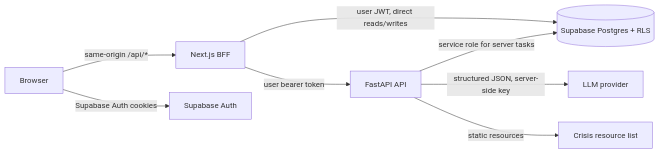
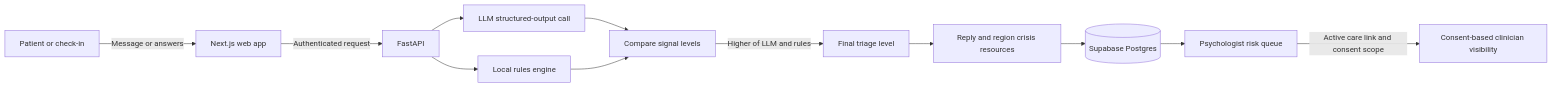
One commit to kxshith21/MindCare-AI-Intelligent-Mental-Health-Monitoring-System changed the diagram in README.md. Above: the diagram before and after it, drawn with Mermaid. The commit also changed other lines of this file, not shown here.

````diff
--- a/README.md
+++ b/README.md
@@ -49,10 +85,14 @@
 ```mermaid
 flowchart LR
-  Browser[Browser] -->|same-origin /api/*| Web[Next.js BFF]
-  Browser -->|Supabase Auth cookies| SupabaseAuth[Supabase Auth]
-  Web -->|user bearer token| API[FastAPI API]
-  Web -->|user JWT, direct reads/writes| Supabase[(Supabase Postgres + RLS)]
-  API -->|service role for server tasks| Supabase
-  API -->|structured JSON, server-side key| LLM[LLM provider]
-  API -->|static resources| Crisis[Crisis resource list]
+  U[Patient or check-in] -->|Message or answers| A[Next.js web app]
+  A -->|Authenticated request| F[FastAPI]
+  F --> L[LLM structured-output call]
+  F --> R[Local rules engine]
+  L --> M[Compare signal levels]
+  R --> M
+  M -->|Higher of LLM and rules| S[Final triage level]
+  S --> P[Reply and region crisis resources]
+  P --> DB[(Supabase Postgres)]
+  DB --> Q[Psychologist risk queue]
+  Q -->|Active care link and consent scope| Y[Consent-based clinician visibility]
 ```
````
